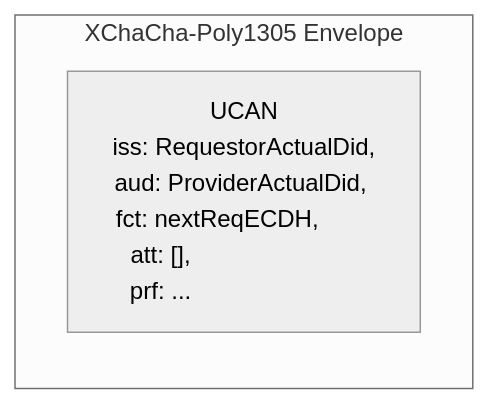
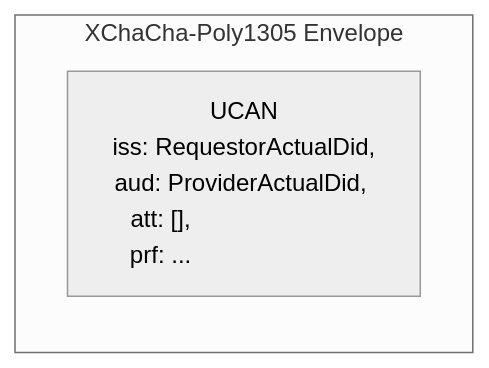
The sixth of 6 diagrams in README.md (ucan-wg/awake), drawn with Mermaid (neutral theme) before and after one commit. The commit also changed other lines of this file, not shown here.

````diff
--- a/README.md
+++ b/README.md
@@ -381,12 +369,11 @@
 ```mermaid
 flowchart LR
     subgraph Envelope [XChaCha-Poly1305 Envelope]
         UCAN["UCAN
             iss: RequestorActualDid,
             aud: ProviderActualDid,&nbsp;
-            fct: nextReqECDH,&nbsp;&nbsp;&nbsp;&nbsp;&nbsp;&nbsp;&nbsp;&nbsp;
             att: [],&nbsp;&nbsp;&nbsp;&nbsp;&nbsp;&nbsp;&nbsp;&nbsp;&nbsp;&nbsp;&nbsp;&nbsp;&nbsp;&nbsp;&nbsp;&nbsp;&nbsp;&nbsp;&nbsp;&nbsp;&nbsp;&nbsp;&nbsp;&nbsp;&nbsp;
             prf: ...&nbsp;&nbsp;&nbsp;&nbsp;&nbsp;&nbsp;&nbsp;&nbsp;&nbsp;&nbsp;&nbsp;&nbsp;&nbsp;&nbsp;&nbsp;&nbsp;&nbsp;&nbsp;&nbsp;&nbsp;&nbsp;&nbsp;&nbsp;&nbsp;&nbsp;
         "]
     end
 ```
````
